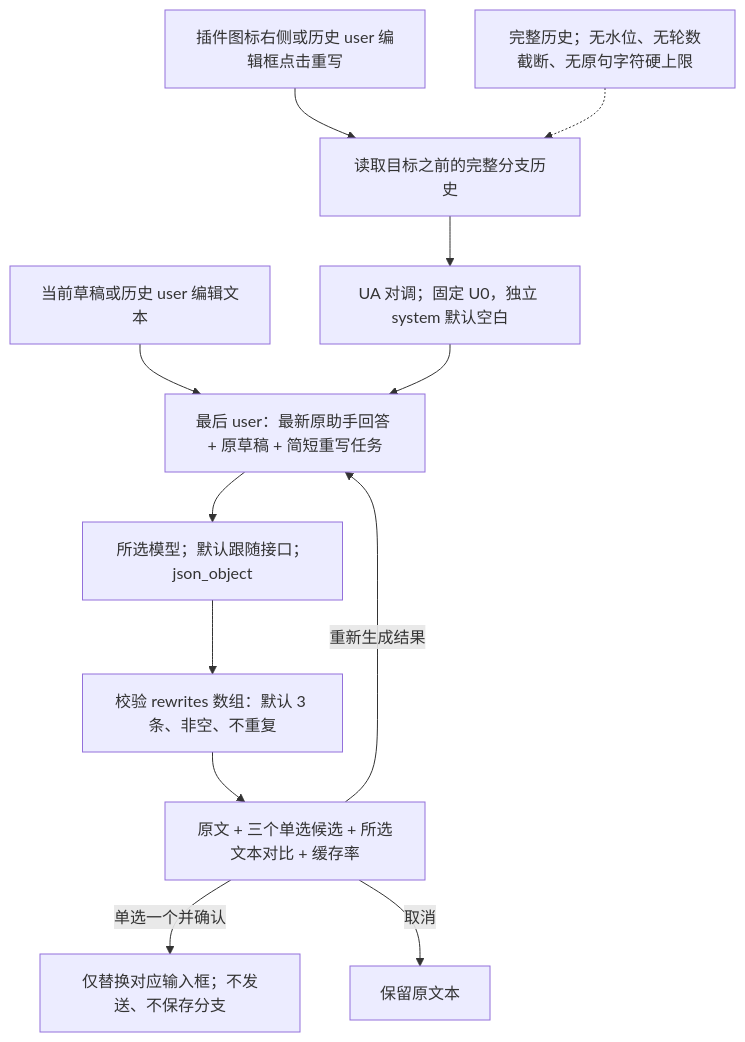
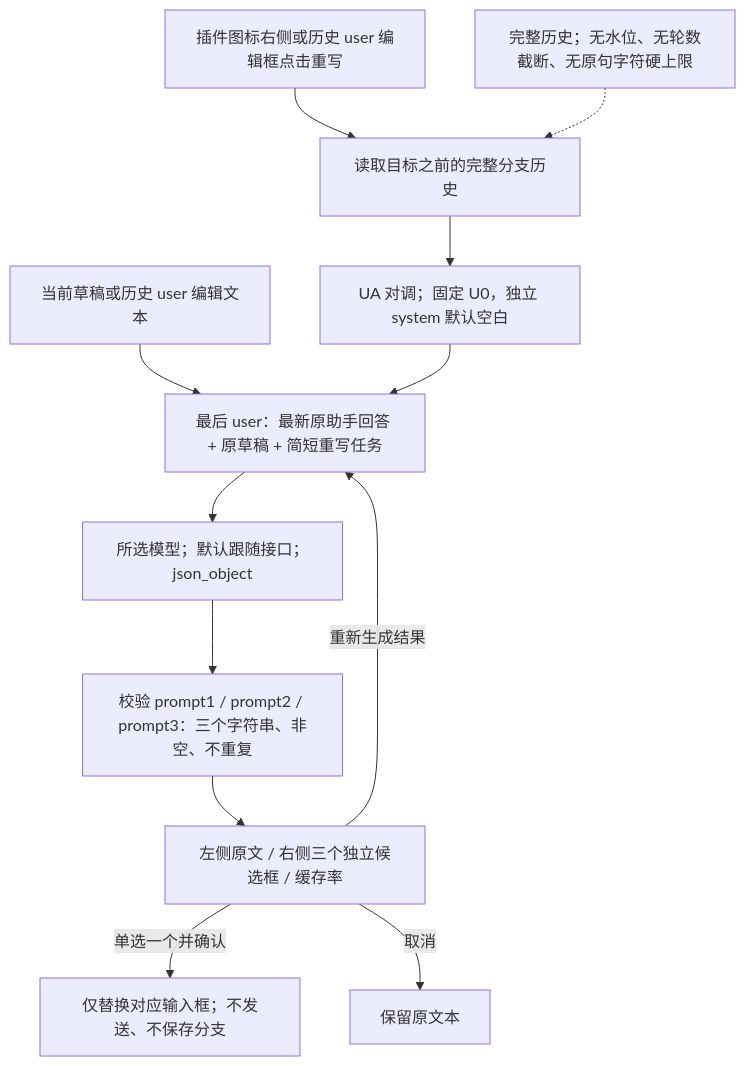
One commit to ccawmiku/workers-chat changed the sixth of 7 diagrams in docs/PLUGINS.md. Above: the diagram before and after it, drawn with Mermaid. The commit also changed other lines of this file and 12 other files, not shown here.

````diff
--- a/docs/PLUGINS.md
+++ b/docs/PLUGINS.md
@@ -308,14 +310,14 @@
 ```mermaid
 flowchart TD
     Click[插件图标右侧或历史 user 编辑框点击重写] --> History[读取目标之前的完整分支历史]
     History --> Swap[UA 对调；固定 U0，独立 system 默认空白]
     Draft[当前草稿或历史 user 编辑文本] --> Tail[最后 user：最新原助手回答 + 原草稿 + 简短重写任务]
     Swap --> Tail
     Tail --> Model[所选模型；默认跟随接口；json_object]
-    Model --> Validate[校验 rewrites 数组：默认 3 条、非空、不重复]
-    Validate --> Review[原文 + 三个单选候选 + 所选文本对比 + 缓存率]
+    Model --> Validate[校验 prompt1 / prompt2 / prompt3：三个字符串、非空、不重复]
+    Validate --> Review[左侧原文 / 右侧三个独立候选框 / 缓存率]
     Review -->|重新生成结果| Tail
     Review -->|单选一个并确认| Replace[仅替换对应输入框；不发送、不保存分支]
     Review -->|取消| Keep[保留原文本]
     Water[完整历史；无水位、无轮数截断、无原句字符硬上限] -.-> History
 ```
````
